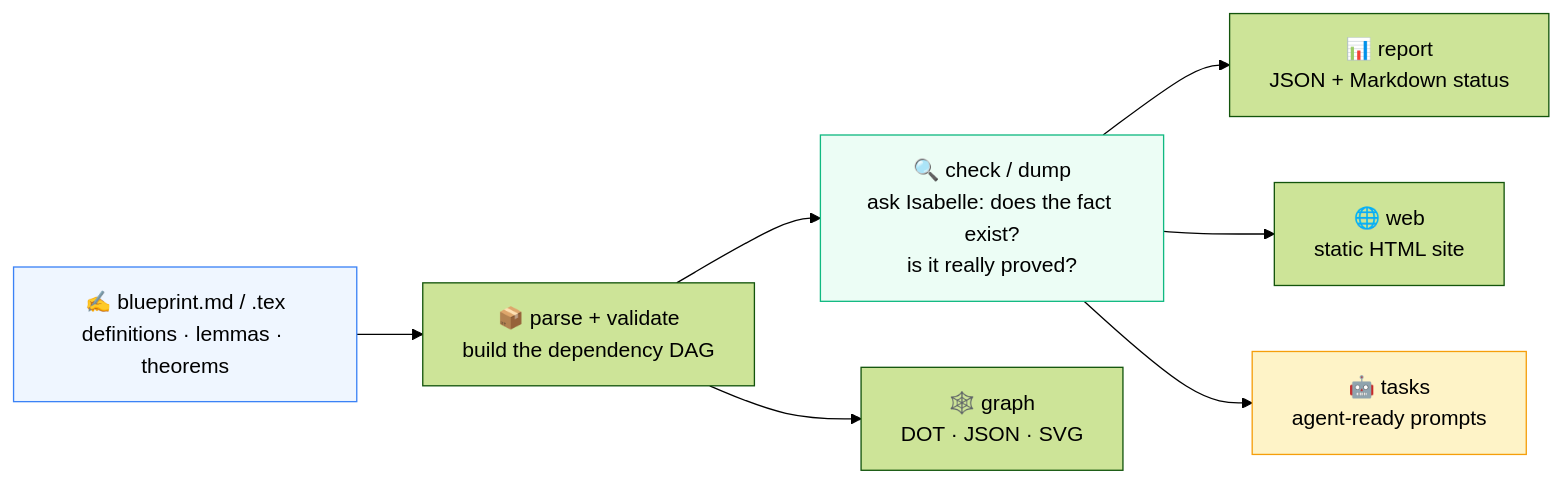
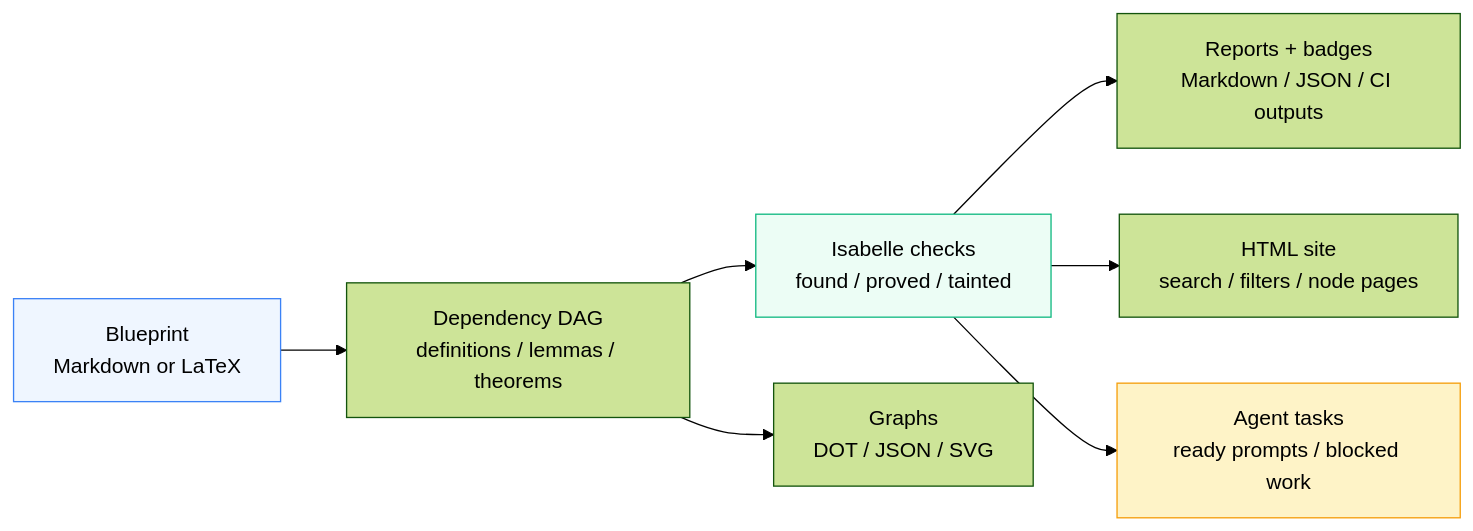
Before and after one commit to Arthur742Ramos/isa-blueprint: the first of 2 diagrams in README.md, drawn with Mermaid (forest theme). The commit also changed other lines of this file, not shown here.

````diff
--- a/README.md
+++ b/README.md
@@ -16,12 +24,12 @@
 ```mermaid
 flowchart LR
-    A["✍️ blueprint.md / .tex<br/>definitions · lemmas · theorems"] --> B["📦 parse + validate<br/>build the dependency DAG"]
-    B --> C["🔍 check / dump<br/>ask Isabelle: does the fact exist?<br/>is it really proved?"]
-    B --> G["🕸️ graph<br/>DOT · JSON · SVG"]
-    C --> R["📊 report<br/>JSON + Markdown status"]
-    C --> W["🌐 web<br/>static HTML site"]
-    C --> T["🤖 tasks<br/>agent-ready prompts"]
-    style A fill:#eff6ff,stroke:#3b82f6
+    B["Blueprint<br/>Markdown or LaTeX"] --> D["Dependency DAG<br/>definitions / lemmas / theorems"]
+    D --> C["Isabelle checks<br/>found / proved / tainted"]
+    D --> G["Graphs<br/>DOT / JSON / SVG"]
+    C --> R["Reports + badges<br/>Markdown / JSON / CI outputs"]
+    C --> W["HTML site<br/>search / filters / node pages"]
+    C --> T["Agent tasks<br/>ready prompts / blocked work"]
+    style B fill:#eff6ff,stroke:#3b82f6
     style C fill:#ecfdf5,stroke:#10b981
     style T fill:#fef3c7,stroke:#f59e0b
 ```
````
